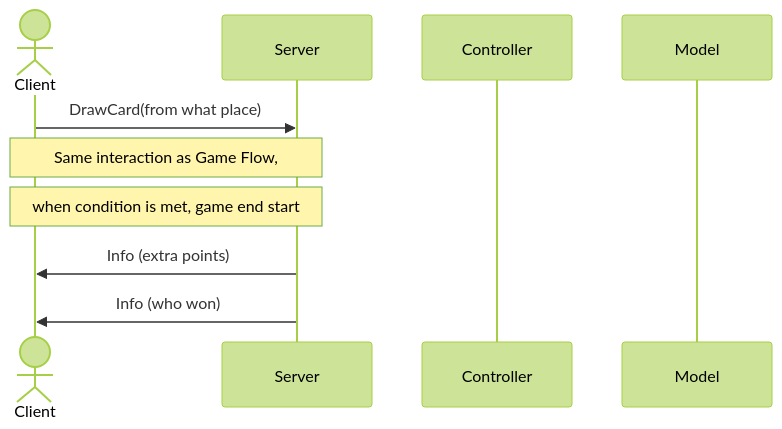
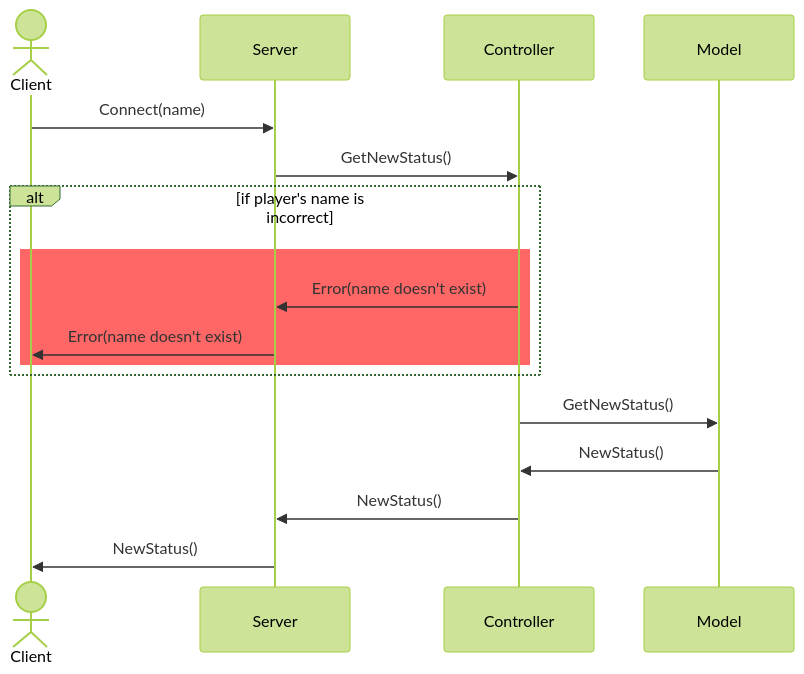
One commit to TheCaptainCraken/IS24-AM26 changed the sixth of 6 diagrams in deliverables/connection-serius.md. Above: the diagram before and after it, drawn with Mermaid (forest theme). The commit also changed other lines of this file, not shown here.

Commit message:
Introduce connection lost and better sequence

````diff
--- a/deliverables/connection-serius.md
+++ b/deliverables/connection-serius.md
@@ -127,12 +279,23 @@
 ```mermaid
 sequenceDiagram
-    actor Client
-    participant Server
-    participant Controller
-    participant Model
-    Client ->> Server: DrawCard(from what place)
-    Note over Server,Client: Same interaction as Game Flow,
-    Note over Server,Client:   when condition is met, game end start
-    Server ->> Client: Info (extra points)
-    Server ->> Client: Info (who won)
+ actor Client
+ participant Server
+ participant Controller
+ participant Model
+ 
+ Client ->> Server: Connect(name)
+ Server ->> Controller: GetNewStatus()
+ alt if player's name is incorrect
+    rect rgba(255, 0, 0, 0.6)
+        Controller ->> Server: Error(name doesn't exist)
+        Server ->> Client: Error(name doesn't exist)
+    end 
+ end
+ 
+ Controller ->> Model: GetNewStatus()
+ Model ->> Controller: NewStatus()
+ Controller ->> Server: NewStatus()
+ Server ->> Client: NewStatus()
+ 
+    
 ```
````
